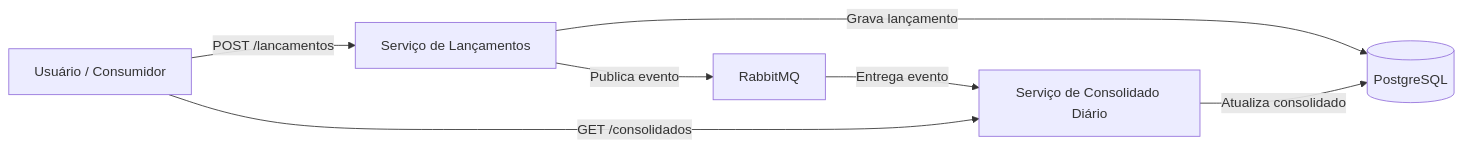
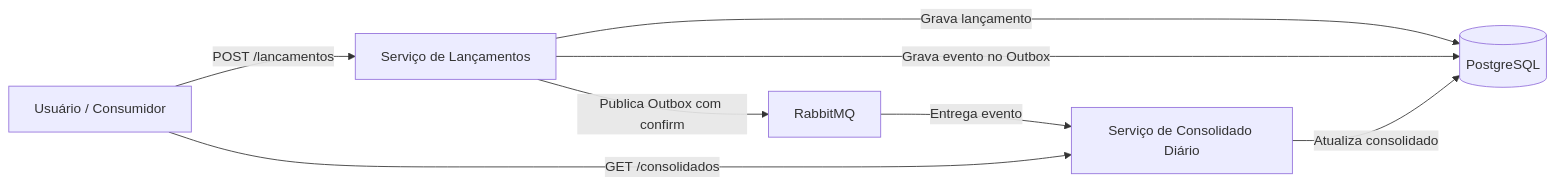
Before and after one commit to jbjares/servico-controle-lancamentos-consolidado: the diagram in docs/diagramas/mermaid/01-overview-big-picture.md, drawn with Mermaid. The commit also changed 97 other files, not shown here.

````diff
--- a/docs/diagramas/mermaid/01-overview-big-picture.md
+++ b/docs/diagramas/mermaid/01-overview-big-picture.md
@@ -1,15 +1,16 @@
 ```mermaid
 flowchart LR
     U[Usuário / Consumidor]
     L[Serviço de Lançamentos]
     C[Serviço de Consolidado Diário]
     MQ[RabbitMQ]
     DB[(PostgreSQL)]
 
     U -->|POST /lancamentos| L
     U -->|GET /consolidados| C
     L -->|Grava lançamento| DB
-    L -->|Publica evento| MQ
+    L -->|Grava evento no Outbox| DB
+    L -->|Publica Outbox com confirm| MQ
     MQ -->|Entrega evento| C
     C -->|Atualiza consolidado| DB
 ```
````
